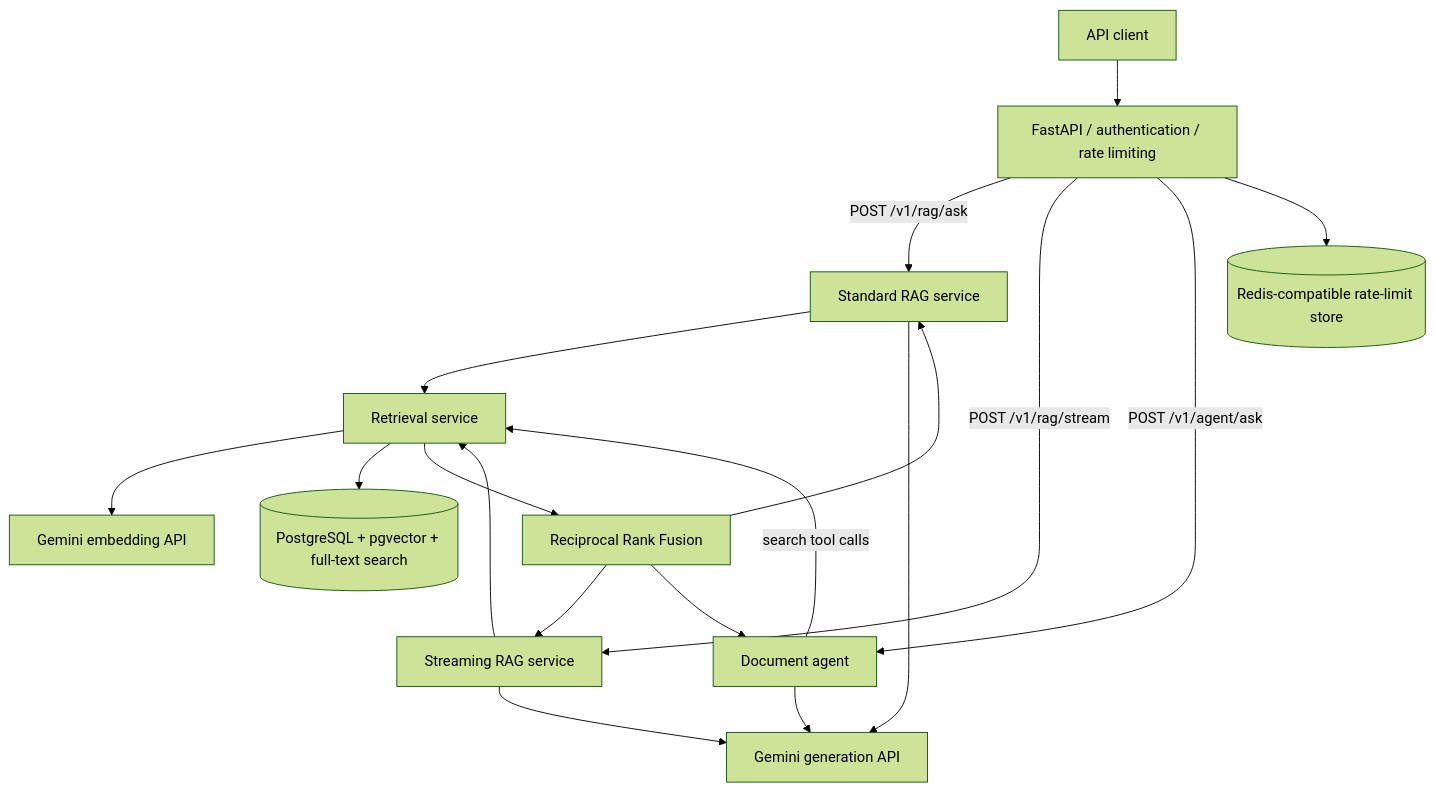
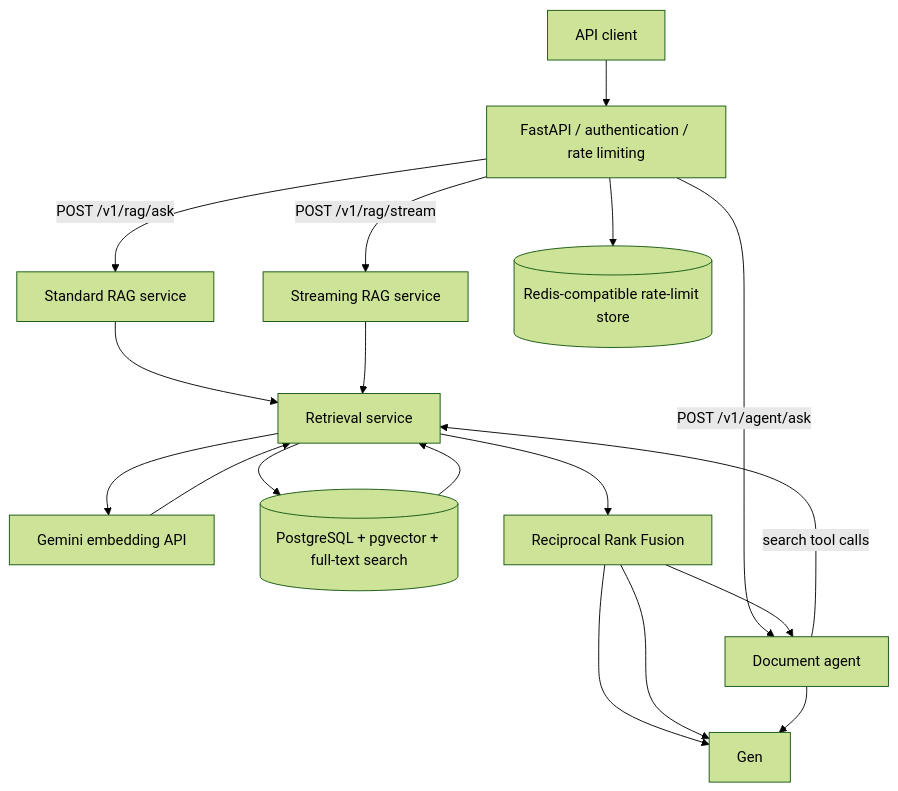
One commit to lesnikblaz-coder/rag-from-scratch changed the diagram in README.md. Above: the diagram before and after it, drawn with Mermaid (forest theme).

Commit message:
Improve flowchart

````diff
--- a/README.md
+++ b/README.md
@@ -24,23 +24,24 @@
 ```mermaid
 flowchart TD
     Client[API client] --> API[FastAPI / authentication / rate limiting]
     API -->|POST /v1/rag/ask| RAG[Standard RAG service]
     API -->|POST /v1/rag/stream| Stream[Streaming RAG service]
     API -->|POST /v1/agent/ask| Agent[Document agent]
 
     RAG --> Retrieval[Retrieval service]
     Stream --> Retrieval
     Agent -->|search tool calls| Retrieval
 
     Retrieval --> Embed[Gemini embedding API]
     Retrieval --> Search[(PostgreSQL + pgvector + full-text search)]
     Retrieval --> Fusion[Reciprocal Rank Fusion]
-    Fusion --> RAG
-    Fusion --> Stream
+    
+    Embed --> Retrieval
+    Search --> Retrieval
     Fusion --> Agent
+    Fusion --> Gen
+    Fusion --> Gen
 
-    RAG --> Gen[Gemini generation API]
-    Stream --> Gen
     Agent --> Gen
     API --> Redis[(Redis-compatible rate-limit store)]
 ```
````
